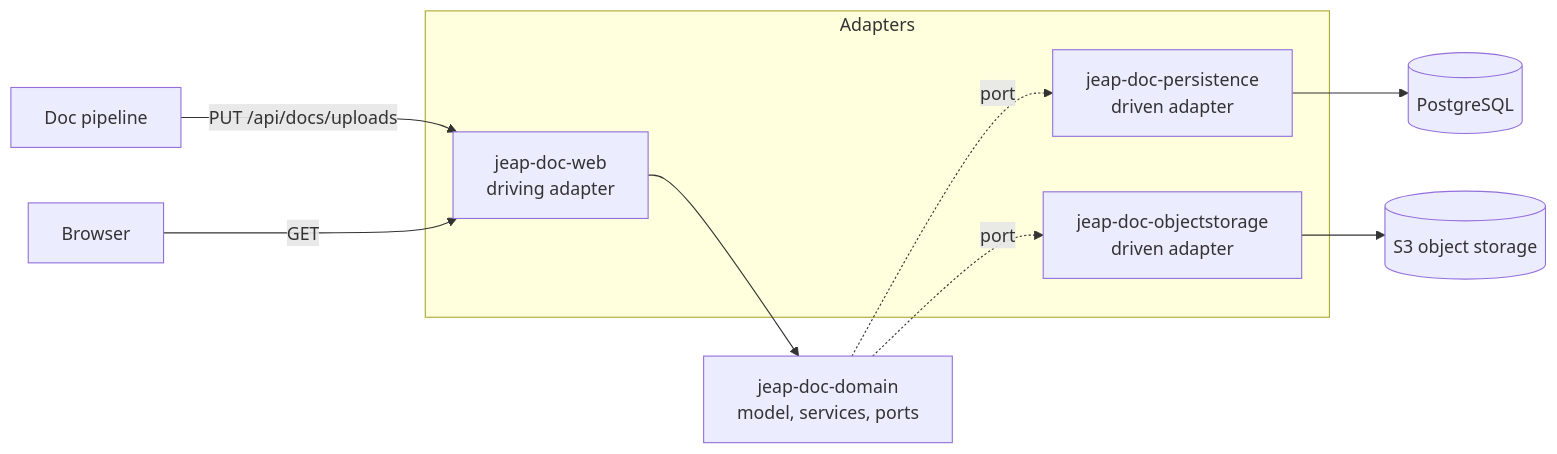
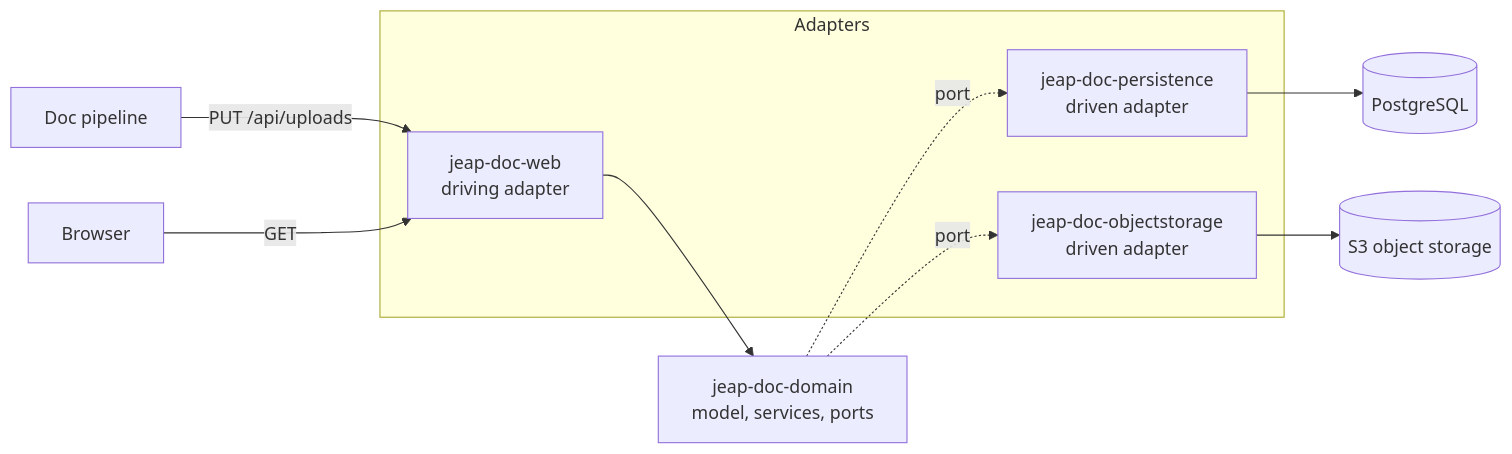
The diagram in docs/architecture.md (jeap-admin-ch/jeap-doc-service), drawn with Mermaid before and after one commit. The commit also changed 5 other files, not shown here.

First line of the commit message:
JEAP-7385: Serve the upload endpoint at /api/uploads

````diff
--- a/docs/architecture.md
+++ b/docs/architecture.md
@@ -8,15 +8,15 @@
 ```mermaid
 flowchart LR
-    Pipeline[Doc pipeline] -->|PUT /api/docs/uploads| Web
+    Pipeline[Doc pipeline] -->|PUT /api/uploads| Web
     Browser[Browser] -->|GET| Web
     subgraph Adapters
         Web[jeap-doc-web<br/>driving adapter]
         Persistence[jeap-doc-persistence<br/>driven adapter]
         Storage[jeap-doc-objectstorage<br/>driven adapter]
     end
     Web --> Domain[jeap-doc-domain<br/>model, services, ports]
     Domain -.->|port| Persistence
     Domain -.->|port| Storage
     Persistence --> Db[(PostgreSQL)]
     Storage --> S3[(S3 object storage)]
 ```
````
